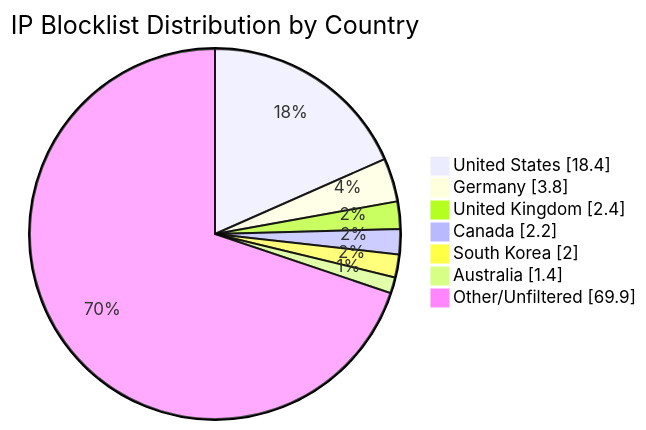
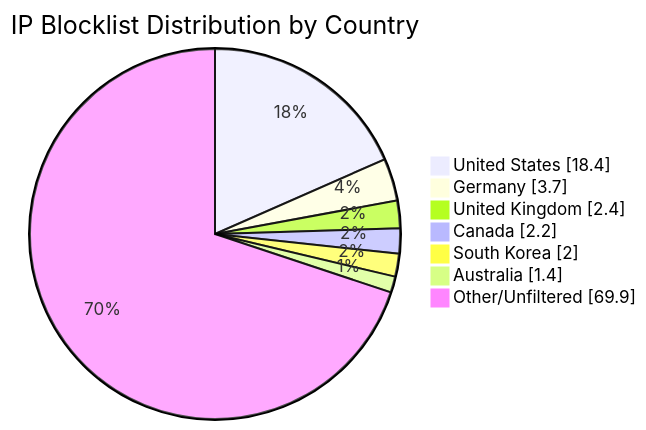
One commit to MarcusHoltz/ipblocklist-geofiltered-aggregator changed the diagram in README.md. Above: the diagram before and after it, drawn with Mermaid. The commit also changed other lines of this file and 9 other files, not shown here.

````diff
--- a/README.md
+++ b/README.md
@@ -34,10 +34,10 @@
 ```mermaid
 pie showData title IP Blocklist Distribution by Country
 "United States" : 18.4
-"Germany" : 3.8
+"Germany" : 3.7
 "United Kingdom" : 2.4
 "Canada" : 2.2
 "South Korea" : 2.0
 "Australia" : 1.4
 "Other/Unfiltered" : 69.9
 ```
````
